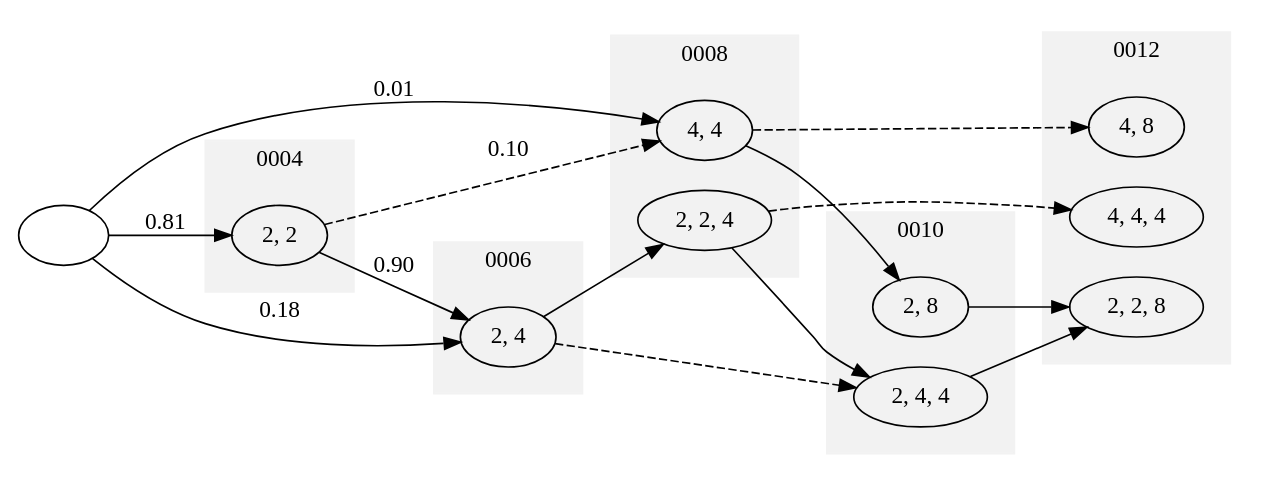
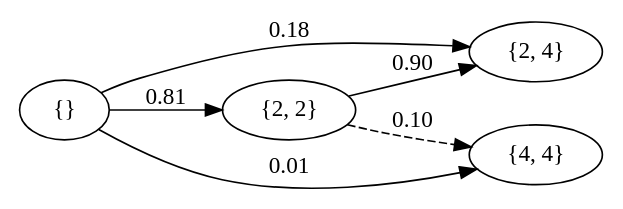
Before and after one commit to jdleesmiller/jdleesmiller.github.io: the diagram in assets/2048/markov_chain_1.dot, drawn with Graphviz. The commit also changed 19 other files, not shown here.

```diff
--- a/assets/2048/markov_chain_1.dot
+++ b/assets/2048/markov_chain_1.dot
@@ -1,55 +1,12 @@
 digraph {
   rankdir=LR;
-  subgraph cluster_0004 {
-    label="0004";
-    style=filled; color=grey95; margin=16;
-    s_2_2;
-  }
-  subgraph cluster_0006 {
-    label="0006";
-    style=filled; color=grey95; margin=16;
-    s_2_4;
-  }
-  subgraph cluster_0008 {
-    label="0008";
-    style=filled; color=grey95; margin=16;
-    s_2_2_4;
-    s_4_4;
-  }
-  subgraph cluster_0010 {
-    label="0010";
-    style=filled; color=grey95; margin=16;
-    s_2_4_4;
-    s_2_8;
-  }
-  subgraph cluster_0012 {
-    label="0012";
-    style=filled; color=grey95; margin=16;
-    s_2_2_8;
-    s_4_4_4;
-    s_4_8;
-  }
-  s_ [label=""];
-  s_2_2 [label="2, 2"];
-  s_2_4 [label="2, 4"];
-  s_2_2_4 [label="2, 2, 4"];
-  s_4_4 [label="4, 4"];
-  s_2_4_4 [label="2, 4, 4"];
-  s_2_8 [label="2, 8"];
-  s_2_2_8 [label="2, 2, 8"];
-  s_4_4_4 [label="4, 4, 4"];
-  s_4_8 [label="4, 8"];
+  s_ [label="{}"];
+  s_2_2 [label="{2, 2}"];
+  s_2_4 [label="{2, 4}"];
+  s_4_4 [label="{4, 4}"];
   s_ -> s_2_2 [label="0.81"]
   s_ -> s_2_4 [label="0.18"]
   s_ -> s_4_4 [label="0.01"]
   s_2_2 -> s_2_4 [label="0.90"]
   s_2_2 -> s_4_4 [style=dashed, label="0.10"]
-  s_2_4 -> s_2_2_4 []
-  s_2_4 -> s_2_4_4 [style=dashed]
-  s_2_2_4 -> s_2_4_4 []
-  s_2_2_4 -> s_4_4_4 [style=dashed]
-  s_4_4 -> s_2_8 []
-  s_4_4 -> s_4_8 [style=dashed]
-  s_2_4_4 -> s_2_2_8 []
-  s_2_8 -> s_2_2_8 []
 }
```
